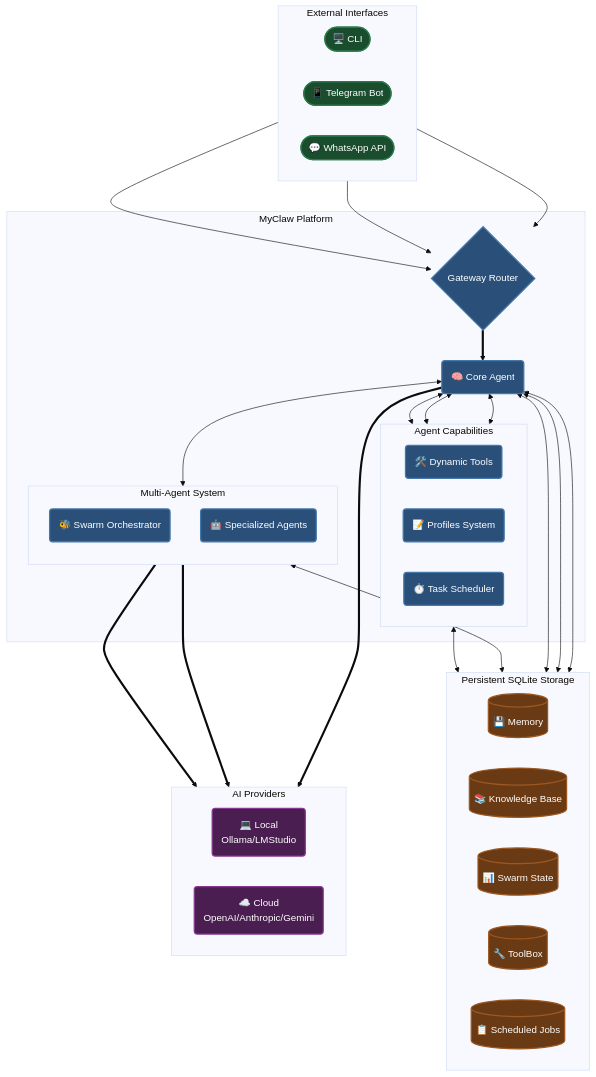
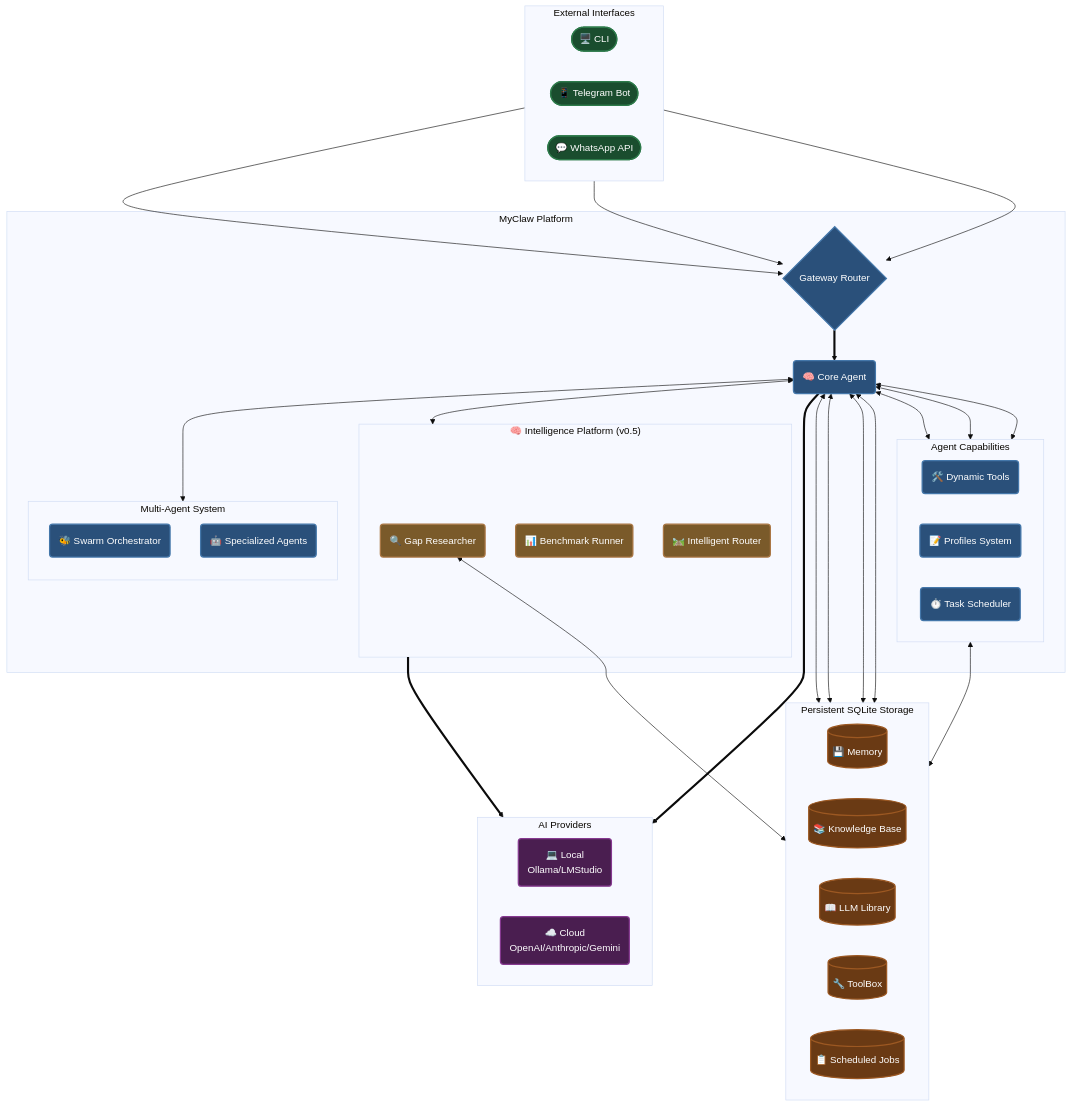
Before and after one commit to adrianx26/zensynora: the diagram in README.md, drawn with Mermaid (base theme). The commit also changed other lines of this file, not shown here.

Commit message:
docs: update README diagram and add Phase 1.5 sections

````diff
--- a/README.md
+++ b/README.md
@@ -53,6 +53,7 @@
     classDef channel fill:#1a4d2e,stroke:#2d7a4a,stroke-width:2px,color:#fff
     classDef data fill:#6a3a14,stroke:#9c5822,stroke-width:2px,color:#fff
     classDef llm fill:#4a1e50,stroke:#863990,stroke-width:2px,color:#fff
+    classDef intelligence fill:#7a5a2a,stroke:#aa7744,stroke-width:2px,color:#fff
 
     %% Channels
     subgraph Interfaces [External Interfaces]
@@ -80,6 +81,12 @@
             Swarm("🐝 Swarm Orchestrator")
             Spec("🤖 Specialized Agents")
         end
+
+        subgraph Intelligence ["🧠 Intelligence Platform (v0.5)"]
+            GapRes("🔍 Gap Researcher")
+            Bench("📊 Benchmark Runner")
+            Router("🛤️ Intelligent Router")
+        end
     end
 
     %% Data Layer
@@ -87,7 +94,7 @@
         direction LR
         Mem[("💾 Memory")]
         KB[("📚 Knowledge Base")]
-        SwarmState[("📊 Swarm State")]
+        Lib[("📖 LLM Library")]
         Toolbox[("🔧 ToolBox")]
         Jobs[("📋 Scheduled Jobs")]
     end
@@ -110,20 +117,22 @@
     Agent <--> Profiles
     Agent <--> AdvancedSystems
     Agent <--> Sched
+    Agent <--> Intelligence
     
     Agent <--> Mem
     Agent <--> KB
+    Agent <--> Lib
     Agent <--> Toolbox
     Sched <--> Jobs
-    Swarm <--> SwarmState
+    GapRes <--> KB
     
     Agent ==> Providers
-    Swarm ==> Providers
-    Spec ==> Providers
-
+    Intelligence ==> Providers
+    
     %% Apply Classes
     class CLI,TG,WA channel
     class GW,Agent,Tools,Profiles,Sched,Swarm,Spec core
-    class Mem,KB,SwarmState,Toolbox,Jobs data
+    class Mem,KB,Lib,Toolbox,Jobs data
     class Local,Cloud llm
+    class GapRes,Bench,Router intelligence
 ```
````
